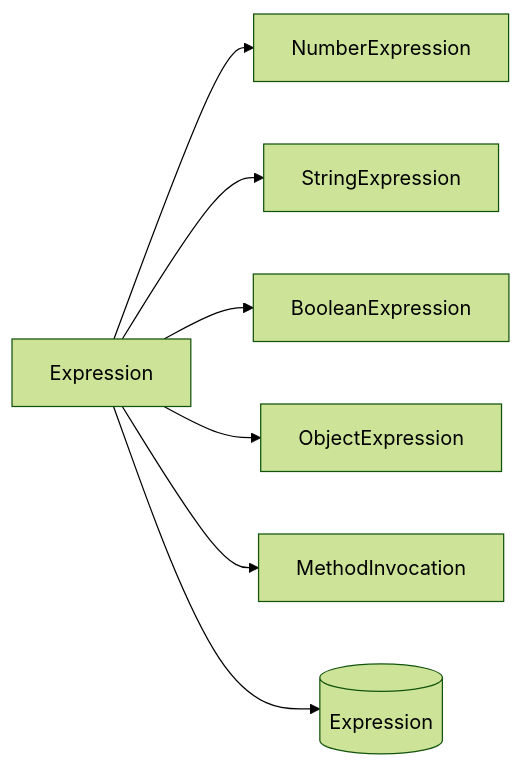
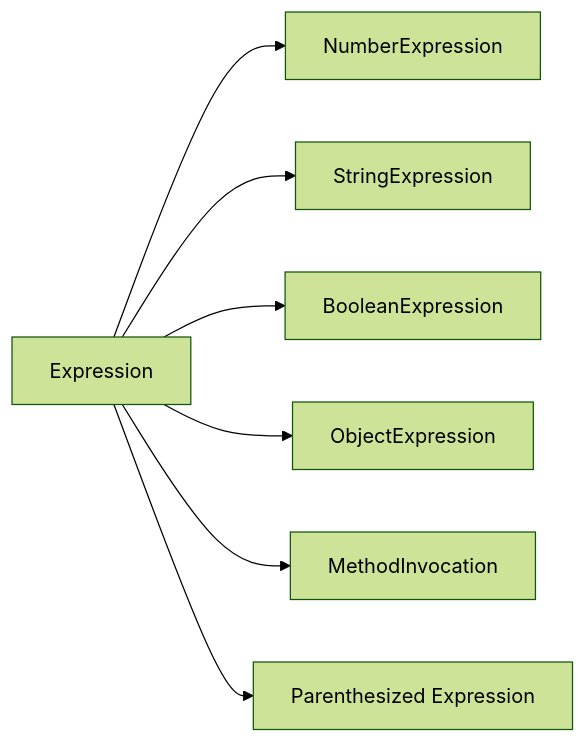
One commit to opaopa6969/tinyexpression changed the second of 6 diagrams in docs/grammar/tinyexpression-p4-railroad.md. Above: the diagram before and after it, drawn with Mermaid (forest theme). The commit also changed other lines of this file, not shown here.

Commit message:
docs: simplify Mermaid railroad labels for GitHub compatibility

````diff
--- a/docs/grammar/tinyexpression-p4-railroad.md
+++ b/docs/grammar/tinyexpression-p4-railroad.md
@@ -23,9 +23,9 @@
 ```mermaid
 flowchart LR
-  E[Expression] --> N[NumberExpression]
-  E --> S[StringExpression]
-  E --> B[BooleanExpression]
-  E --> O[ObjectExpression]
-  E --> M[MethodInvocation]
-  E --> P[(Expression)]
+  E["Expression"] --> N["NumberExpression"]
+  E --> S["StringExpression"]
+  E --> B["BooleanExpression"]
+  E --> O["ObjectExpression"]
+  E --> M["MethodInvocation"]
+  E --> P["Parenthesized Expression"]
 ```
````
